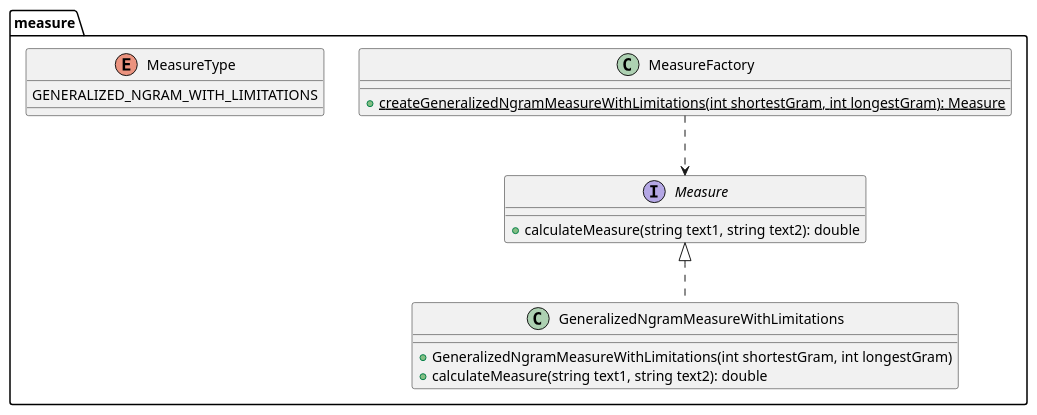
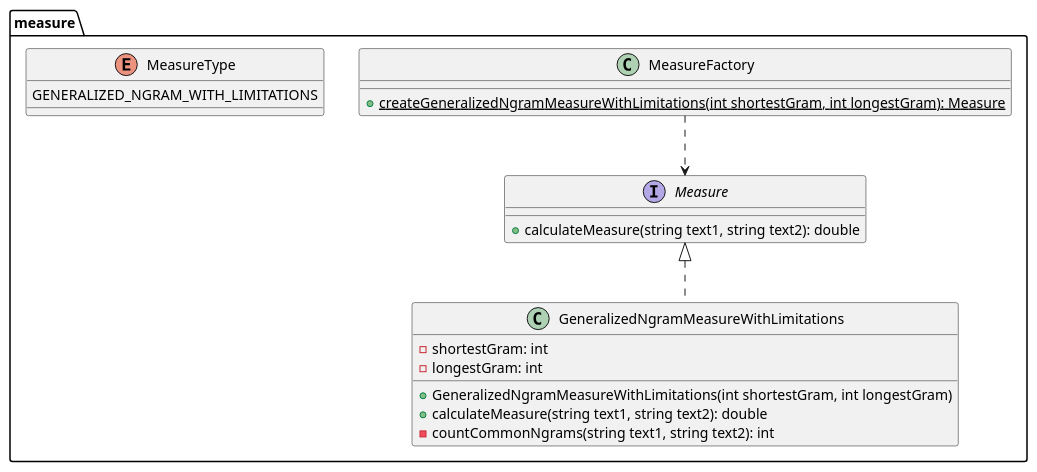
Before and after one commit to kambed/Computer-Recognition-Systems: the sixth of 10 diagrams in README.md, drawn with PlantUML. The commit also changed 2 other files, not shown here.

Commit message:
PR comments

````diff
--- a/README.md
+++ b/README.md
@@ -285,18 +285,21 @@
 ```plantuml
 package measure {
     interface Measure {
         + calculateMeasure(string text1, string text2): double
     }
     class GeneralizedNgramMeasureWithLimitations implements Measure {
+        - shortestGram: int
+        - longestGram: int
         + GeneralizedNgramMeasureWithLimitations(int shortestGram, int longestGram)
         + calculateMeasure(string text1, string text2): double
+        - countCommonNgrams(string text1, string text2): int
     }
     class MeasureFactory {
         + {static} createGeneralizedNgramMeasureWithLimitations(int shortestGram, int longestGram): Measure
     }
     MeasureFactory ..> Measure
     enum MeasureType {
         GENERALIZED_NGRAM_WITH_LIMITATIONS
     }
 }
 ```
````
